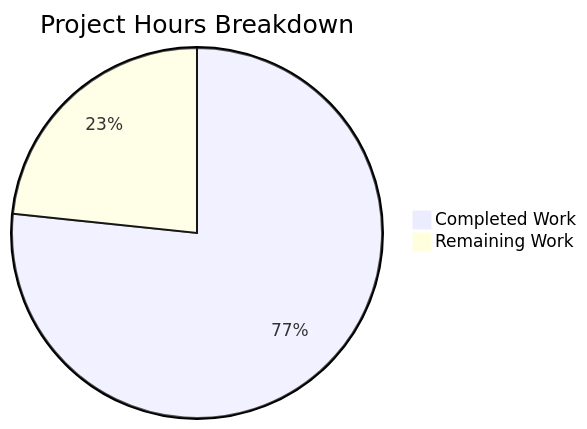
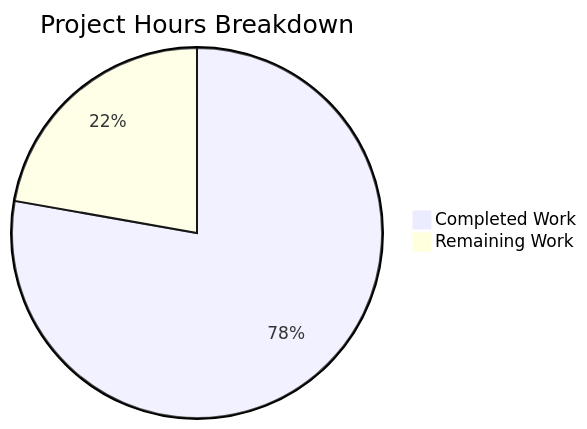
The second of 2 diagrams in blitzy/documentation/Project Guide.md (Blitzy-Sandbox/blitzy-cal), drawn with Mermaid before and after one commit. The commit also changed other lines of this file, not shown here.

````diff
--- a/blitzy/documentation/Project Guide.md
+++ b/blitzy/documentation/Project Guide.md
@@ -181,5 +163,5 @@
 ```mermaid
 pie title Project Hours Breakdown
-    "Completed Work" : 23
+    "Completed Work" : 24.5
     "Remaining Work" : 7
 ```
````
